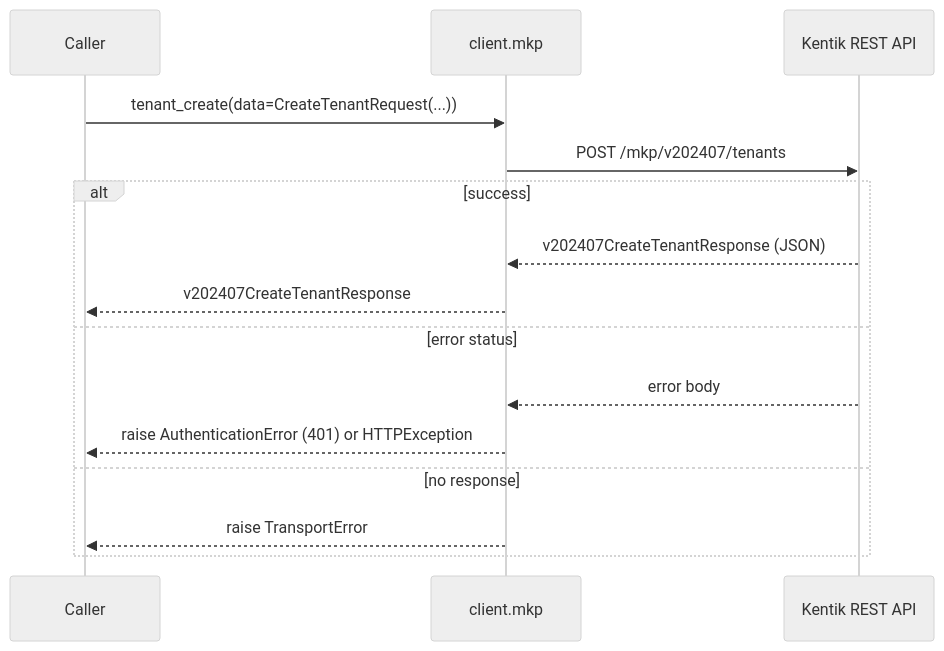
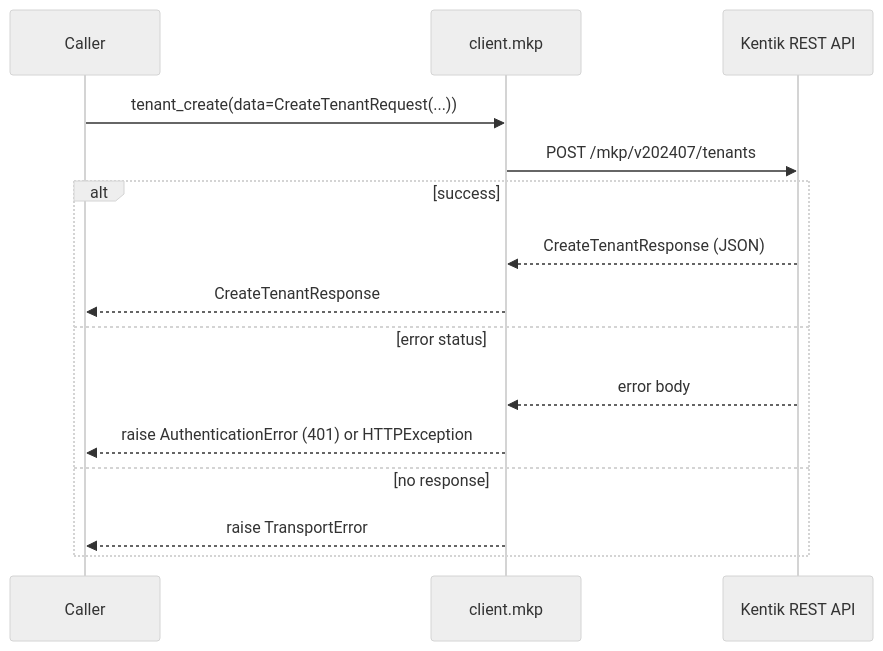
One commit to alexdearaujo/community_sdk_python changed diagram 14 of 30 in docs/sphinx/services/mkp.md. Above: the diagram before and after it, drawn with Mermaid (neutral theme). The commit also changed other lines of this file and 38 other files, not shown here.

````diff
--- a/docs/sphinx/services/mkp.md
+++ b/docs/sphinx/services/mkp.md
@@ -482,18 +482,18 @@
 ```mermaid
 sequenceDiagram
     participant C as Caller
     participant W as client.mkp
     participant API as Kentik REST API
 
     C->>W: tenant_create(data=CreateTenantRequest(...))
     W->>API: POST /mkp/v202407/tenants
     alt success
-        API-->>W: v202407CreateTenantResponse (JSON)
-        W-->>C: v202407CreateTenantResponse
+        API-->>W: CreateTenantResponse (JSON)
+        W-->>C: CreateTenantResponse
     else error status
         API-->>W: error body
         W-->>C: raise AuthenticationError (401) or HTTPException
     else no response
         W-->>C: raise TransportError
     end
 ```
````
